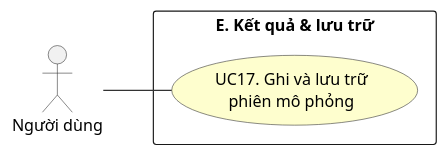
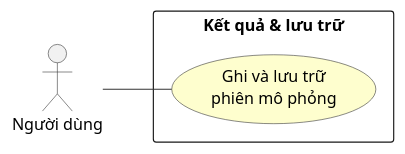
The diagram in DiagramsCode/hinh2.7-usecase-nhom-E.puml (MinhHoang137/SUMO-GR1), drawn with PlantUML before and after one commit. The commit also changed 80 other files, not shown here.

```diff
--- a/DiagramsCode/hinh2.7-usecase-nhom-E.puml
+++ b/DiagramsCode/hinh2.7-usecase-nhom-E.puml
@@ -1,17 +1,17 @@
 @startuml hinh2.7-usecase-nhom-E
 left to right direction
 skinparam packageStyle rectangle
 skinparam usecaseBorderColor #333333
 skinparam usecaseBackgroundColor #FEFECE
 skinparam actorBorderColor #333333
 skinparam ArrowColor #333333
 
 actor "Người dùng" as User
 
-rectangle "E. Kết quả & lưu trữ" {
-  usecase "UC17. Ghi và lưu trữ\nphiên mô phỏng" as UC17
+rectangle "Kết quả & lưu trữ" {
+  usecase "Ghi và lưu trữ\nphiên mô phỏng" as UC17
 }
 
 User -- UC17
 
 @enduml
```
